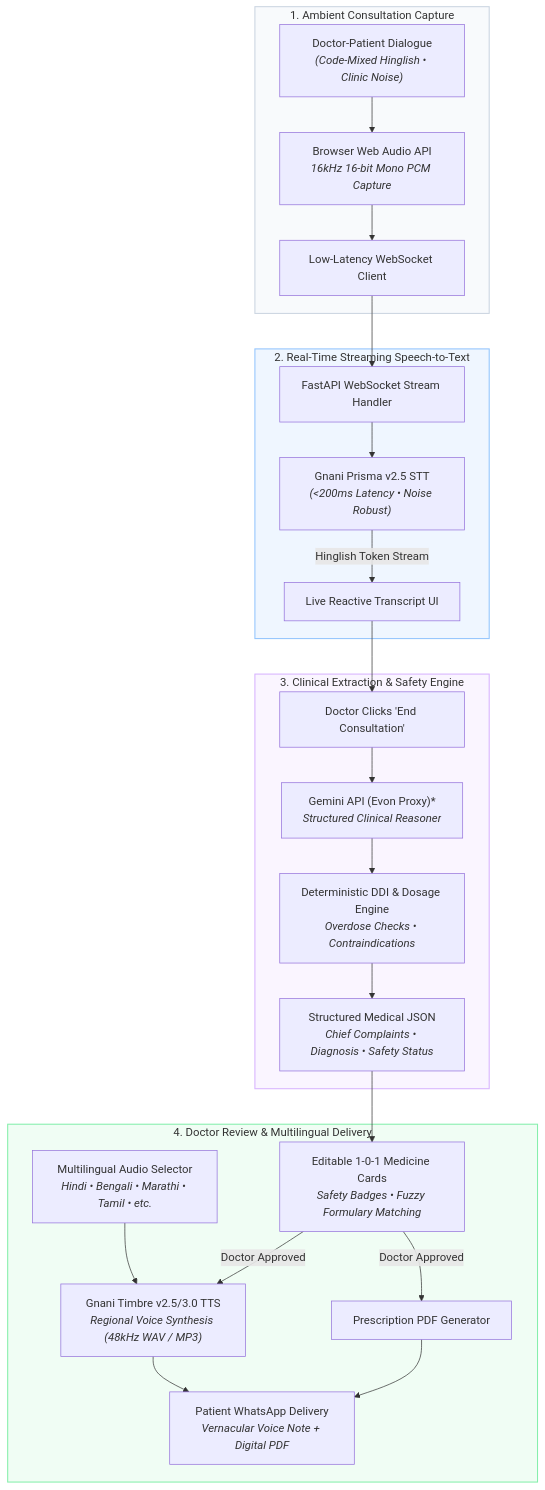
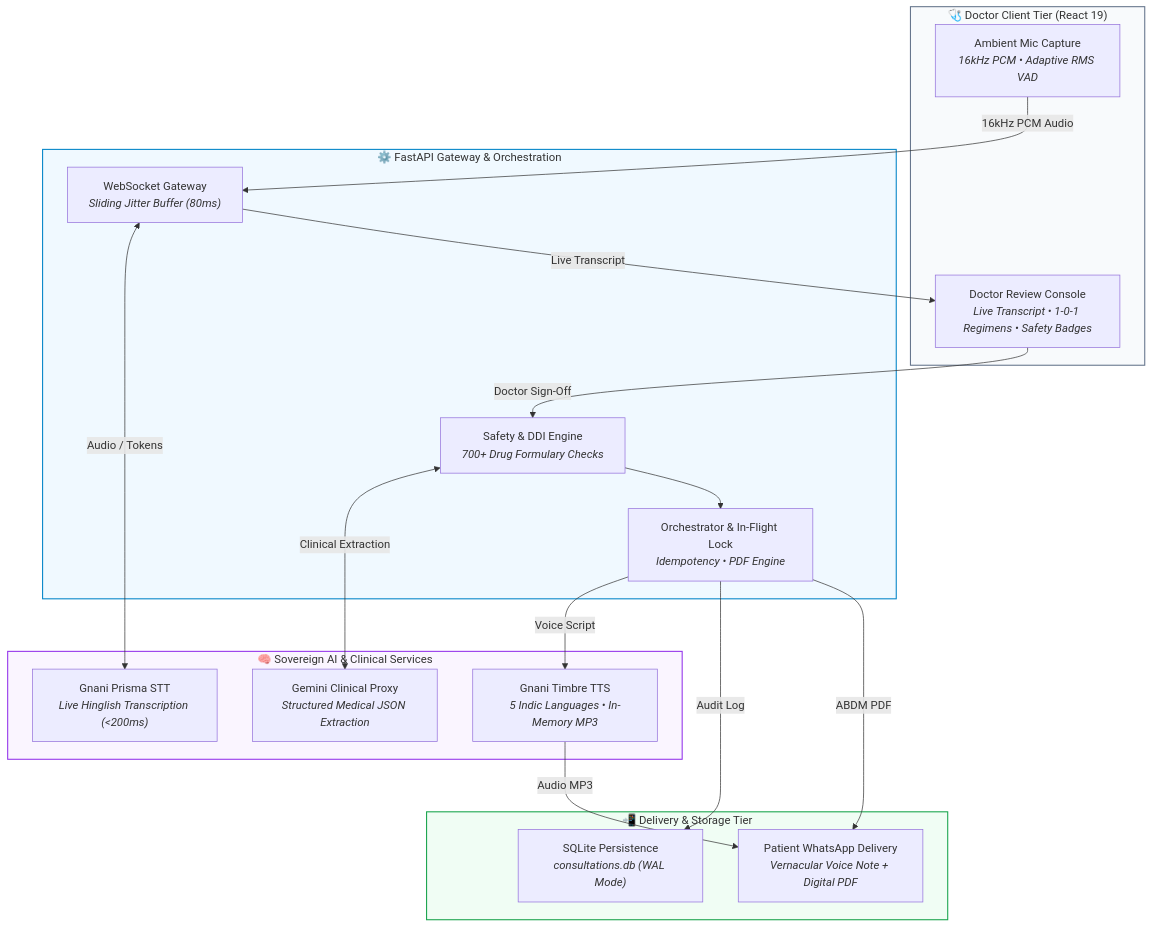
Before and after one commit to Avinash01715/DocScribeAI: the diagram in README.md, drawn with Mermaid. The commit also changed other lines of this file and 1 other file, not shown here.

````diff
--- a/README.md
+++ b/README.md
@@ -47,42 +136,46 @@
 ```mermaid
 flowchart TD
-    subgraph Step1 ["1. Ambient Consultation Capture"]
-        Dialogue["Doctor-Patient Dialogue<br/><i>(Code-Mixed Hinglish • Clinic Noise)</i>"]
-        Mic["Browser Web Audio API<br/><i>16kHz 16-bit Mono PCM Capture</i>"]
-        WS["Low-Latency WebSocket Client"]
-        Dialogue --> Mic --> WS
+    subgraph Client ["🩺 Doctor Client Tier (React 19)"]
+        A1["Ambient Mic Capture<br/><i>16kHz PCM • Adaptive RMS VAD</i>"]
+        A2["Doctor Review Console<br/><i>Live Transcript • 1-0-1 Regimens • Safety Badges</i>"]
     end
 
-    subgraph Step2 ["2. Real-Time Streaming Speech-to-Text"]
-        FastAPI_WS["FastAPI WebSocket Stream Handler"]
-        Prisma["Gnani Prisma v2.5 STT<br/><i>(&lt;200ms Latency • Noise Robust)</i>"]
-        DoctorUI["Live Reactive Transcript UI"]
-        WS --> FastAPI_WS --> Prisma
-        Prisma -->|Hinglish Token Stream| DoctorUI
+    subgraph Server ["⚙️ FastAPI Gateway & Orchestration"]
+        B1["WebSocket Gateway<br/><i>Sliding Jitter Buffer (80ms)</i>"]
+        B2["Safety & DDI Engine<br/><i>700+ Drug Formulary Checks</i>"]
+        B3["Orchestrator & In-Flight Lock<br/><i>Idempotency • PDF Engine</i>"]
     end
 
-    subgraph Step3 ["3. Clinical Extraction & Safety Engine"]
-        EndBtn["Doctor Clicks 'End Consultation'"]
-        LLM["Gemini API (Evon Proxy)*<br/><i>Structured Clinical Reasoner</i>"]
-        SafetyEngine["Deterministic DDI & Dosage Engine<br/><i>Overdose Checks • Contraindications</i>"]
-        ClinicalJSON["Structured Medical JSON<br/><i>Chief Complaints • Diagnosis • Safety Status</i>"]
-        DoctorUI --> EndBtn --> LLM --> SafetyEngine --> ClinicalJSON
+    subgraph AI ["🧠 Sovereign AI & Clinical Services"]
+        C1["Gnani Prisma STT<br/><i>Live Hinglish Transcription (&lt;200ms)</i>"]
+        C2["Gemini Clinical Proxy<br/><i>Structured Medical JSON Extraction</i>"]
+        C3["Gnani Timbre TTS<br/><i>5 Indic Languages • In-Memory MP3</i>"]
     end
 
-    subgraph Step4 ["4. Doctor Review & Multilingual Delivery"]
-        Cards["Editable 1-0-1 Medicine Cards<br/><i>Safety Badges • Fuzzy Formulary Matching</i>"]
-        LangToggle["Multilingual Audio Selector<br/><i>Hindi • Bengali • Marathi • Tamil • etc.</i>"]
-        Timbre["Gnani Timbre v2.5/3.0 TTS<br/><i>Regional Voice Synthesis (48kHz WAV / MP3)</i>"]
-        PDF["Prescription PDF Generator"]
-        WhatsApp["Patient WhatsApp Delivery<br/><i>Vernacular Voice Note + Digital PDF</i>"]
-        ClinicalJSON --> Cards
-        LangToggle --> Timbre
-        Cards -->|Doctor Approved| Timbre & PDF
-        Timbre & PDF --> WhatsApp
+    subgraph Output ["📲 Delivery & Storage Tier"]
+        D1["SQLite Persistence<br/><i>consultations.db (WAL Mode)</i>"]
+        D2["Patient WhatsApp Delivery<br/><i>Vernacular Voice Note + Digital PDF</i>"]
     end
 
-    style Step1 fill:#f8fafc,stroke:#cbd5e1,stroke-width:1.5px
-    style Step2 fill:#eff6ff,stroke:#93c5fd,stroke-width:1.5px
-    style Step3 fill:#faf5ff,stroke:#d8b4fe,stroke-width:1.5px
-    style Step4 fill:#f0fdf4,stroke:#86efac,stroke-width:1.5px
+    %% Stream Loop
+    A1 -->|16kHz PCM Audio| B1
+    B1 <-->|Audio / Tokens| C1
+    B1 -->|Live Transcript| A2
+
+    %% Reasoning & Review Loop
+    A2 -->|Doctor Sign-Off| B2
+    B2 <-->|Clinical Extraction| C2
+    B2 --> B3
+
+    %% Dispatch & Artifacts
+    B3 -->|Voice Script| C3
+    B3 -->|Audit Log| D1
+    B3 -->|ABDM PDF| D2
+    C3 -->|Audio MP3| D2
+
+    %% Professional Styling
+    style Client fill:#f8fafc,stroke:#64748b,stroke-width:1.5px
+    style Server fill:#f0f9ff,stroke:#0284c7,stroke-width:1.5px
+    style AI fill:#faf5ff,stroke:#9333ea,stroke-width:1.5px
+    style Output fill:#f0fdf4,stroke:#16a34a,stroke-width:1.5px
 ```
````
